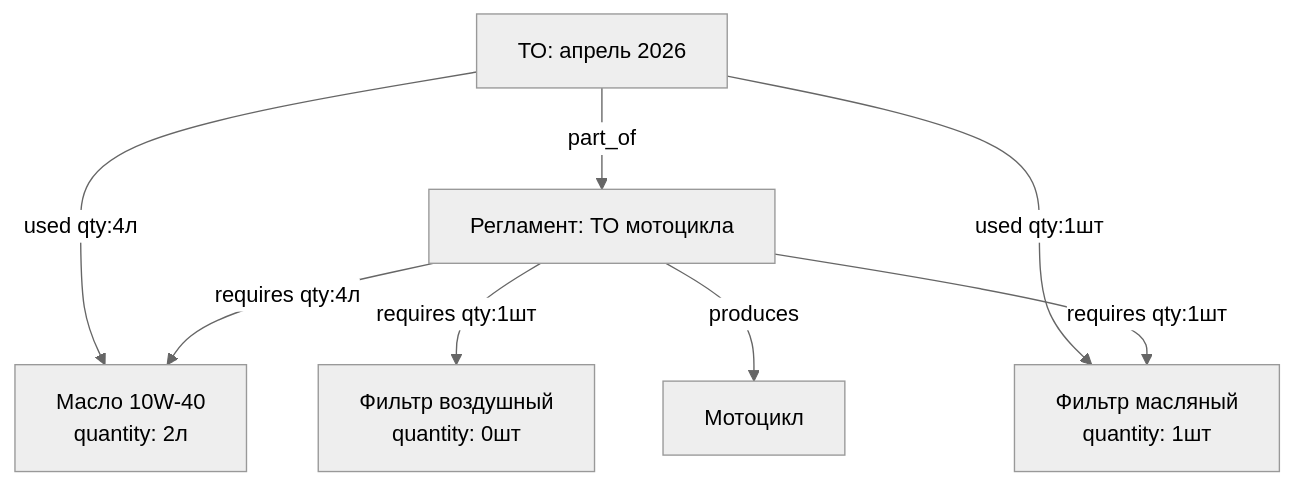
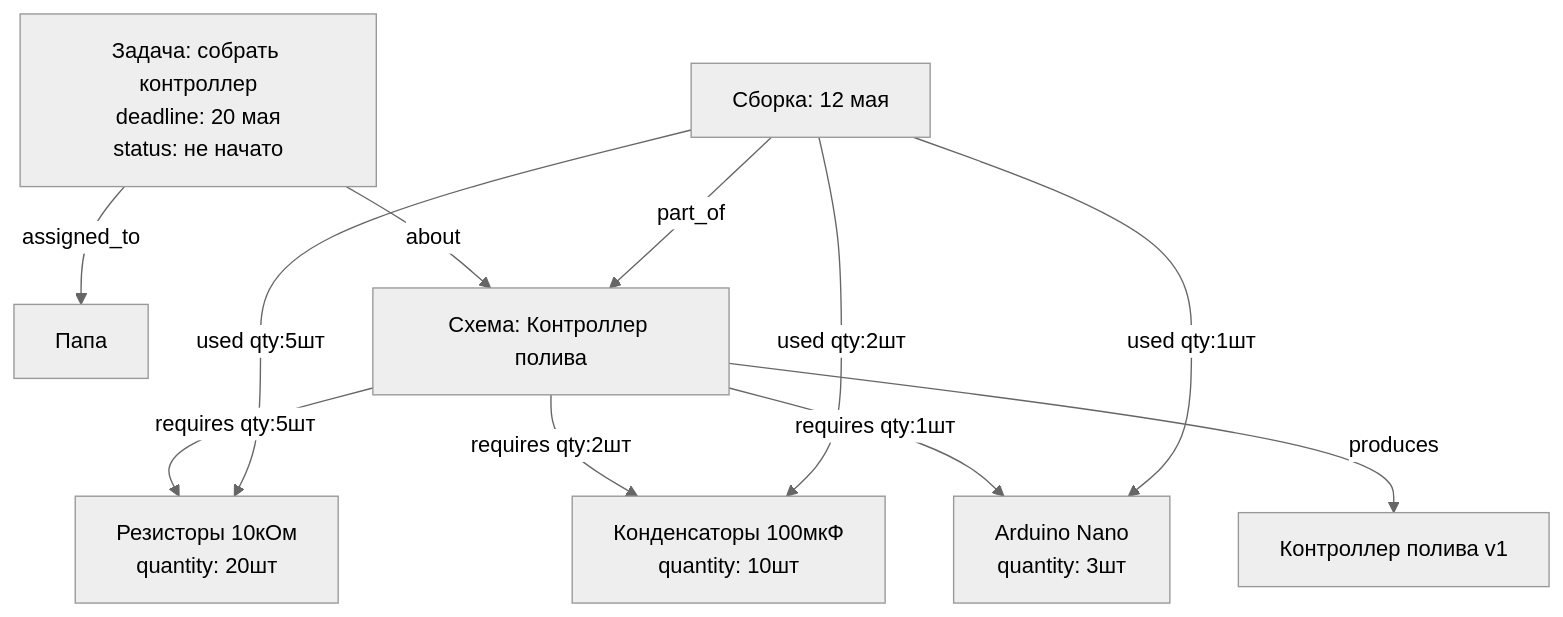
The fourth of 6 diagrams in docs/database.md (kscht/domovoy), drawn with Mermaid (neutral theme) before and after one commit. The commit also changed other lines of this file, not shown here.

````diff
--- a/docs/database.md
+++ b/docs/database.md
@@ -102,19 +130,25 @@
 ```mermaid
 graph TD
-    Service[Регламент: ТО мотоцикла]
-    Run[ТО: апрель 2026]
-    Motorcycle[Мотоцикл]
+    Dad[Папа]
+    BOM[Схема: Контроллер полива]
+    Board[Контроллер полива v1]
+    Run[Сборка: 12 мая]
 
-    Oil[Масло 10W-40\nquantity: 2л]
-    OilFilter[Фильтр масляный\nquantity: 1шт]
-    AirFilter[Фильтр воздушный\nquantity: 0шт]
+    R1[Резисторы 10кОм\nquantity: 20шт]
+    C1[Конденсаторы 100мкФ\nquantity: 10шт]
+    Arduino[Arduino Nano\nquantity: 3шт]
 
-    Service -->|requires qty:4л| Oil
-    Service -->|requires qty:1шт| OilFilter
-    Service -->|requires qty:1шт| AirFilter
-    Service -->|produces| Motorcycle
+    Task[Задача: собрать контроллер\ndeadline: 20 мая\nstatus: не начато]
 
-    Run -->|part_of| Service
-    Run -->|used qty:4л| Oil
-    Run -->|used qty:1шт| OilFilter
+    Task -->|assigned_to| Dad
+    Task -->|about| BOM
+    BOM -->|requires qty:5шт| R1
+    BOM -->|requires qty:2шт| C1
+    BOM -->|requires qty:1шт| Arduino
+    BOM -->|produces| Board
+
+    Run -->|part_of| BOM
+    Run -->|used qty:5шт| R1
+    Run -->|used qty:2шт| C1
+    Run -->|used qty:1шт| Arduino
 ```
````
